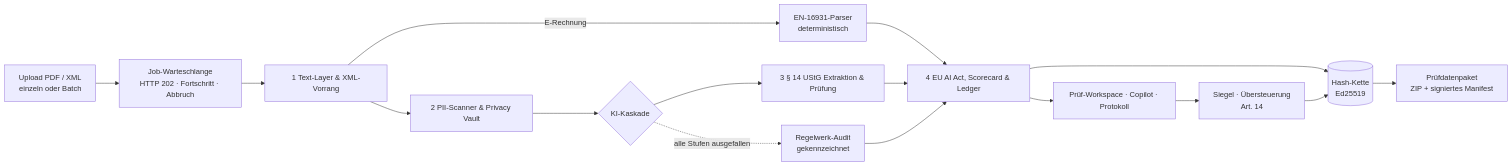
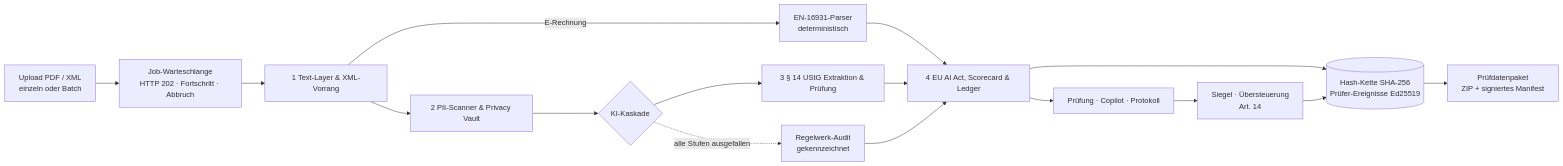
One commit to lutz-zarske/enterprise-compliance-agent changed the diagram in README.md. Above: the diagram before and after it, drawn with Mermaid. The commit also changed other lines of this file and 31 other files, not shown here.

````diff
--- a/README.md
+++ b/README.md
@@ -82,18 +83,18 @@
 ```mermaid
 flowchart LR
     U[Upload PDF / XML<br/>einzeln oder Batch] --> J[Job-Warteschlange<br/>HTTP 202 · Fortschritt · Abbruch]
     J --> P1[1 Text-Layer & XML-Vorrang]
     P1 -- E-Rechnung --> X[EN-16931-Parser<br/>deterministisch]
     P1 --> P2[2 PII-Scanner & Privacy Vault]
     P2 --> K{KI-Kaskade}
     K --> P3[3 § 14 UStG Extraktion & Prüfung]
     P3 --> P4[4 EU AI Act, Scorecard & Ledger]
     X --> P4
     K -. alle Stufen ausgefallen .-> H[Regelwerk-Audit<br/>gekennzeichnet]
     H --> P4
-    P4 --> L[(Hash-Kette<br/>Ed25519)]
-    P4 --> UI[Prüf-Workspace · Copilot · Protokoll]
+    P4 --> L[(Hash-Kette SHA-256<br/>Prüfer-Ereignisse Ed25519)]
+    P4 --> UI[Prüfung · Copilot · Protokoll]
     UI --> S[Siegel · Übersteuerung<br/>Art. 14]
     S --> L
     L --> ZIP[Prüfdatenpaket<br/>ZIP + signiertes Manifest]
 ```
````
